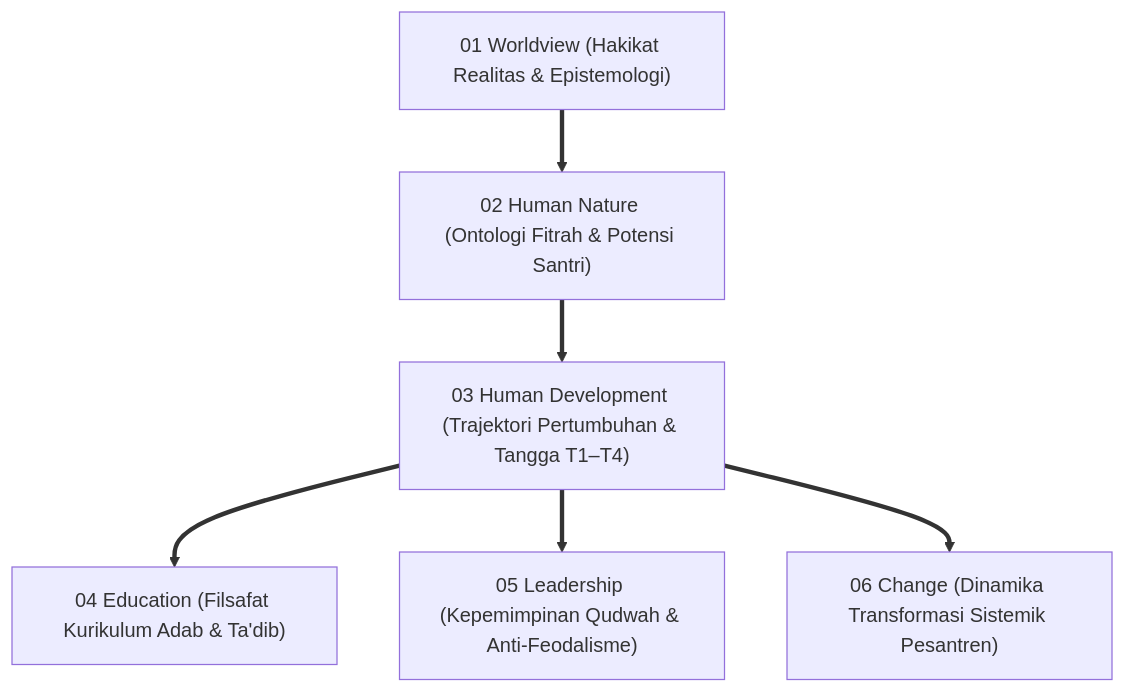
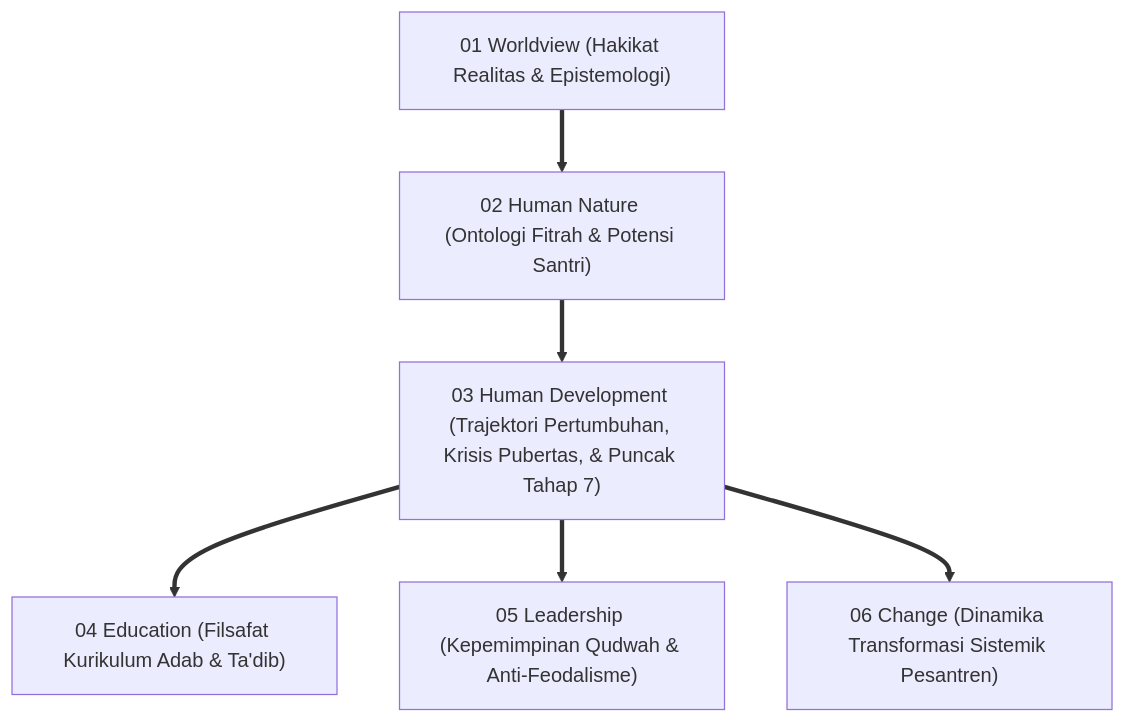
One commit to wandiapriliyandi/tumbuh changed the first of 3 diagrams in 01 Philosophy/03 Human Development/P1-03-Human-Development-TUMBUH.md. Above: the diagram before and after it, drawn with Mermaid. The commit also changed other lines of this file and 18 other files, not shown here.

````diff
--- a/01 Philosophy/03 Human Development/P1-03-Human-Development-TUMBUH.md
+++ b/01 Philosophy/03 Human Development/P1-03-Human-Development-TUMBUH.md
@@ -50,11 +50,11 @@
 ```mermaid
 graph TD
     WV["01 Worldview (Hakikat Realitas & Epistemologi)"] 
     ==> HN["02 Human Nature (Ontologi Fitrah & Potensi Santri)"]
     
-    HN ==> HD["03 Human Development (Trajektori Pertumbuhan & Tangga T1–T4)"]
+    HN ==> HD["03 Human Development (Trajektori Pertumbuhan, Krisis Pubertas, & Puncak Tahap 7)"]
     
     HD ==> ED["04 Education (Filsafat Kurikulum Adab & Ta'dib)"]
     HD ==> LD["05 Leadership (Kepemimpinan Qudwah & Anti-Feodalisme)"]
     HD ==> CH["06 Change (Dinamika Transformasi Sistemik Pesantren)"]
 ```
````
